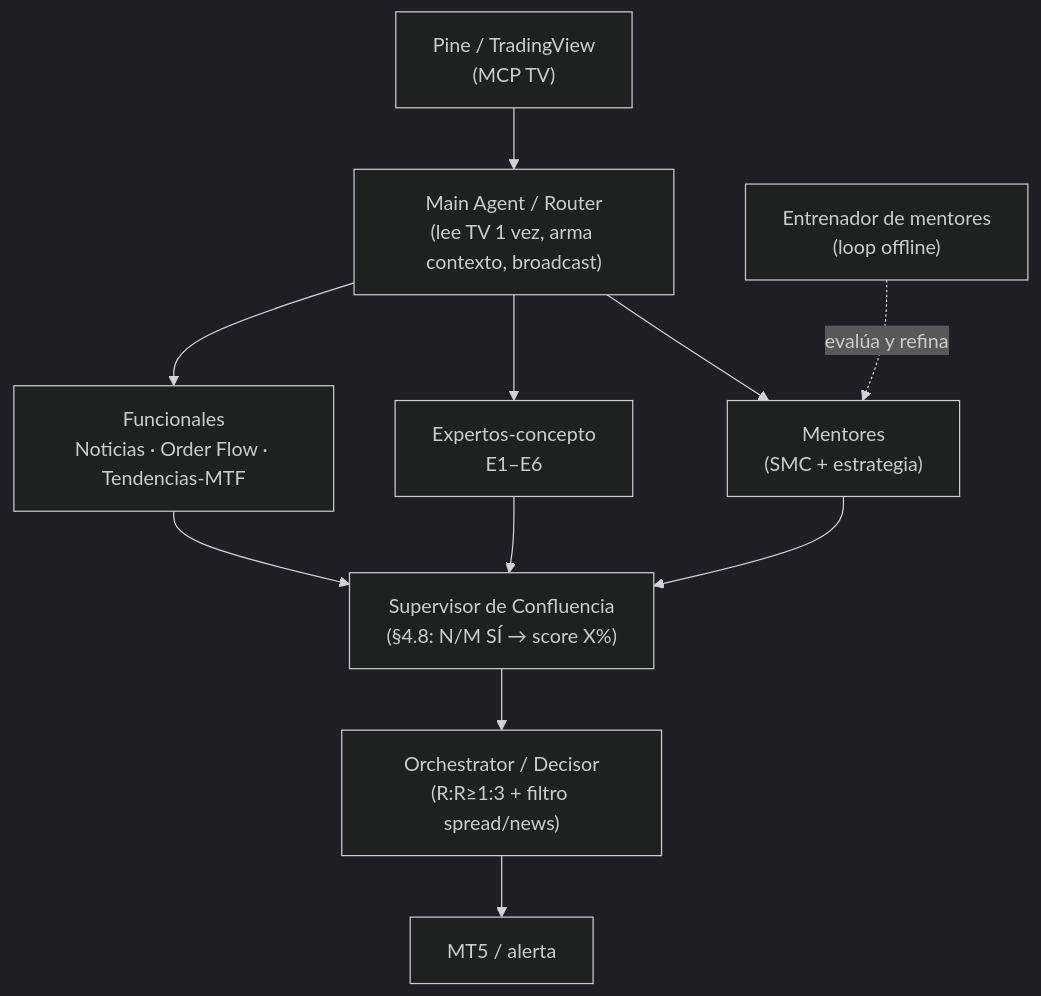
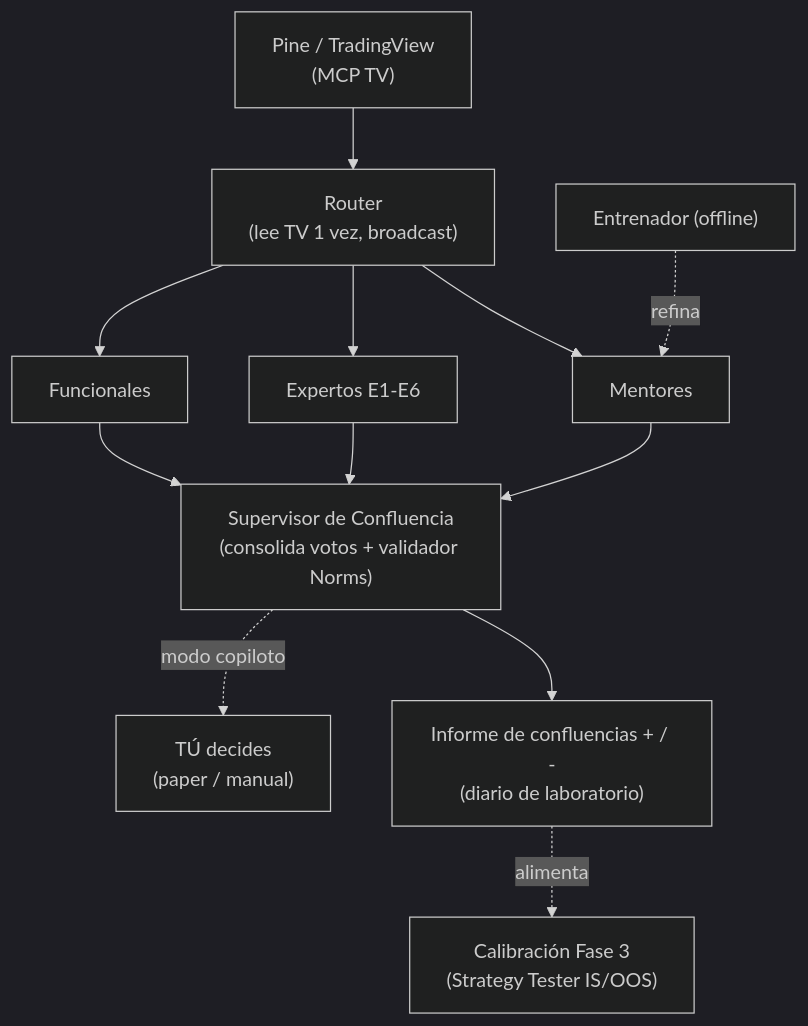
The diagram in docs/MODULO-MENTORES-WORKFLOW.md (Caliz-Tsf/Estrategia2.0), drawn with Mermaid (dark theme) before and after one commit. The commit also changed other lines of this file and 4 other files, not shown here.

First line of the commit message:
docs(mentores): plan corregido S025 + ADR-005 (enjambre laboratorio, no runtime EA)

````diff
--- a/docs/MODULO-MENTORES-WORKFLOW.md
+++ b/docs/MODULO-MENTORES-WORKFLOW.md
@@ -80,13 +147,14 @@
 ```mermaid
 flowchart TD
-    TV["Pine / TradingView<br/>(MCP TV)"] --> ROUTER["Main Agent / Router<br/>(lee TV 1 vez, arma contexto, broadcast)"]
-    ROUTER --> MENT["Mentores<br/>(SMC + estrategia)"]
-    ROUTER --> EXP["Expertos-concepto<br/>E1–E6"]
-    ROUTER --> FUNC["Funcionales<br/>Noticias · Order Flow · Tendencias-MTF"]
-    MENT --> CONF["Supervisor de Confluencia<br/>(§4.8: N/M SÍ → score X%)"]
+    TV["Pine / TradingView<br/>(MCP TV)"] --> ROUTER["Router<br/>(lee TV 1 vez, broadcast)"]
+    ROUTER --> MENT["Mentores"]
+    ROUTER --> EXP["Expertos E1-E6"]
+    ROUTER --> FUNC["Funcionales"]
+    MENT --> CONF["Supervisor de Confluencia<br/>(consolida votos + validador Norms)"]
     EXP --> CONF
     FUNC --> CONF
-    CONF --> ORCH["Orchestrator / Decisor<br/>(R:R≥1:3 + filtro spread/news)"]
-    ORCH --> MT5["MT5 / alerta"]
-    TRAIN["Entrenador de mentores<br/>(loop offline)"] -. evalúa y refina .-> MENT
+    CONF --> INF["Informe de confluencias + / -<br/>(diario de laboratorio)"]
+    INF -. alimenta .-> CAL["Calibración Fase 3<br/>(Strategy Tester IS/OOS)"]
+    CONF -. modo copiloto .-> HUM["TÚ decides<br/>(paper / manual)"]
+    TRAIN["Entrenador (offline)"] -. refina .-> MENT
 ```
````
